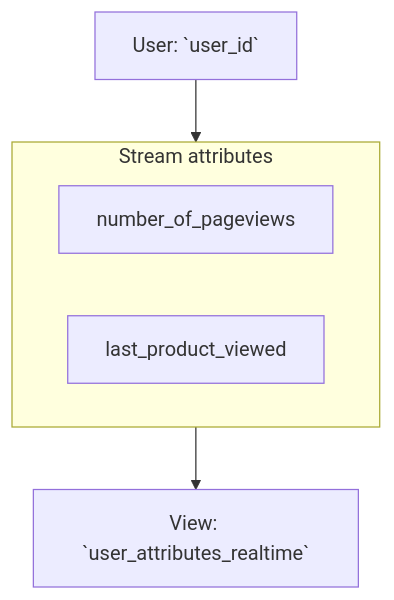
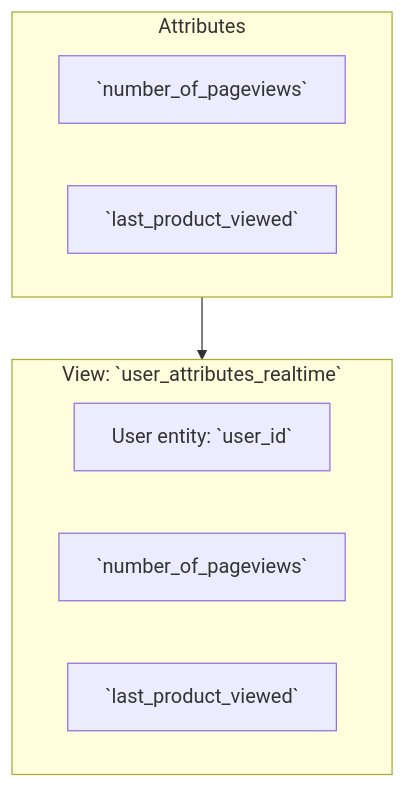
The third of 5 diagrams in docs/signals/concepts/index.md (snowplow/documentation), drawn with Mermaid before and after one commit. The commit also changed other lines of this file and 2 other files, not shown here.

````diff
--- a/docs/signals/concepts/index.md
+++ b/docs/signals/concepts/index.md
@@ -180,11 +170,15 @@
 ```mermaid
 flowchart TD
-    User[User: `user_id`] --> Stream
-
-    subgraph Stream[Stream attributes]
-        SA1[number_of_pageviews]
-        SA2[last_product_viewed]
+    subgraph Stream[Attributes]
+        SA1[`number_of_pageviews`]
+        SA2[`last_product_viewed`]
     end
 
-    Stream --> View[View: `user_attributes_realtime`]
+    Stream --> View
+
+    subgraph View[View: `user_attributes_realtime`]
+        V_User[User entity: `user_id`]
+        V_SA1[`number_of_pageviews`]
+        V_SA2[`last_product_viewed`]
+    end
 ```
````
